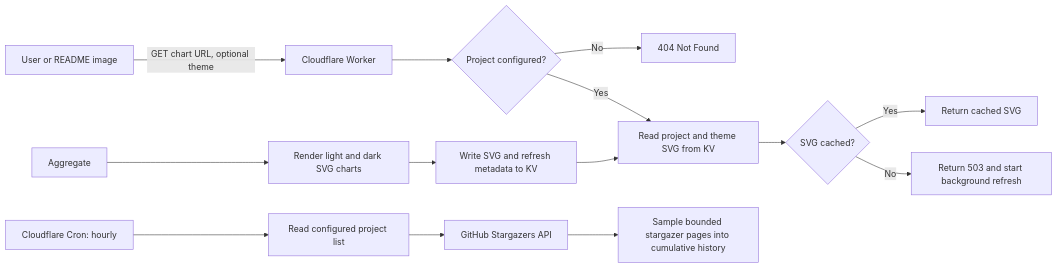
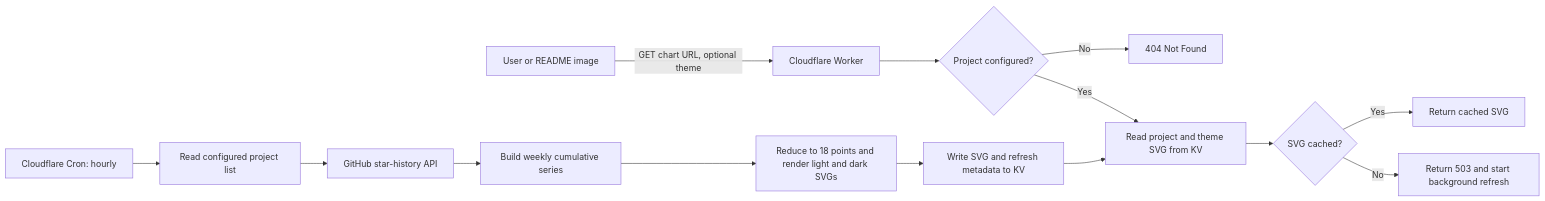
Before and after one commit to yuhp/starfolio-worker: the diagram in docs/design.md, drawn with Mermaid. The commit also changed other lines of this file and 11 other files, not shown here.

Commit message:
Use privacy-safe star history API

````diff
--- a/docs/design.md
+++ b/docs/design.md
@@ -9,17 +9,17 @@
 ```mermaid
 flowchart LR
   User[User or README image] -->|"GET chart URL, optional theme"| Worker[Cloudflare Worker]
   Worker --> Config{Project configured?}
   Config -->|No| NotFound[404 Not Found]
   Config -->|Yes| ReadKV[Read project and theme SVG from KV]
   ReadKV --> Cached{SVG cached?}
   Cached -->|Yes| SVG[Return cached SVG]
   Cached -->|No| ColdStart[Return 503 and start background refresh]
 
   Cron[Cloudflare Cron: hourly] --> Projects[Read configured project list]
-  Projects --> GitHub[GitHub Stargazers API]
-   GitHub --> Sample[Sample bounded stargazer pages into cumulative history]
-  Aggregate --> Render[Render light and dark SVG charts]
+  Projects --> GitHub[GitHub star-history API]
+  GitHub --> Aggregate[Build weekly cumulative series]
+  Aggregate --> Render[Reduce to 18 points and render light and dark SVGs]
   Render --> WriteKV[Write SVG and refresh metadata to KV]
   WriteKV --> ReadKV
 ```
````
